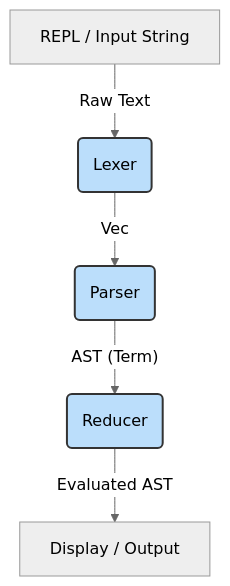
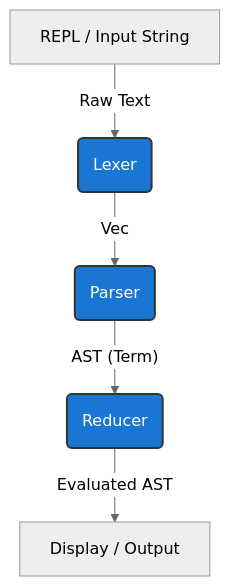
One commit to Avrhambi/lambda-interpreter changed the diagram in README.md. Above: the diagram before and after it, drawn with Mermaid (neutral theme).

Commit message:
docs: change mermaid diagram to a strong blue color

````diff
--- a/README.md
+++ b/README.md
@@ -11,10 +11,10 @@
 ```mermaid
 graph TD
     A["REPL / Input String"] -->|"Raw Text"| B(Lexer)
     B -->|"Vec<Token>"| C(Parser)
     C -->|"AST (Term)"| D(Reducer)
     D -->|"Evaluated AST"| E["Display / Output"]
     
-    classDef component fill:#bbdefb,stroke:#333,stroke-width:2px;
+    classDef component fill:#1976D2,color:#fff,stroke:#333,stroke-width:2px;
     class B,C,D component;
 ```
````
